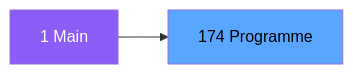
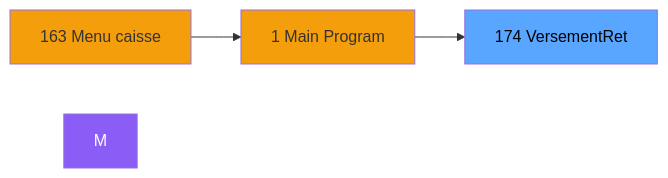
One commit to thonyAGP/magic-migration changed the second of 3 diagrams in .openspec/specs/ADH-IDE-174.md. Above: the diagram before and after it, drawn with Mermaid. The commit also changed other lines of this file and 323 other files, not shown here.

````diff
--- a/.openspec/specs/ADH-IDE-174.md
+++ b/.openspec/specs/ADH-IDE-174.md
@@ -129,8 +155,12 @@
 ```mermaid
 graph LR
-    M[1 Main]
-    T[174 Programme]
-    M --> T
+    N163[163 Menu caisse ]
+    N1[1 Main Program]
+    T[174 VersementRet]
+    N163 --> N1
+    N1 --> T
     style M fill:#8b5cf6,color:#fff
+    style N163 fill:#f59e0b
+    style N1 fill:#f59e0b
     style T fill:#58a6ff,color:#000
 ```
````
